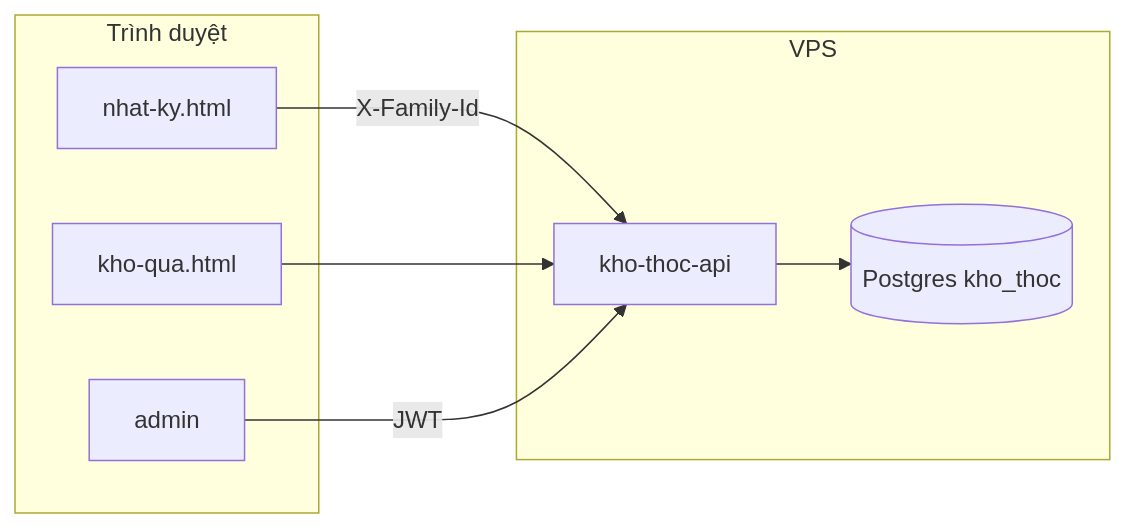
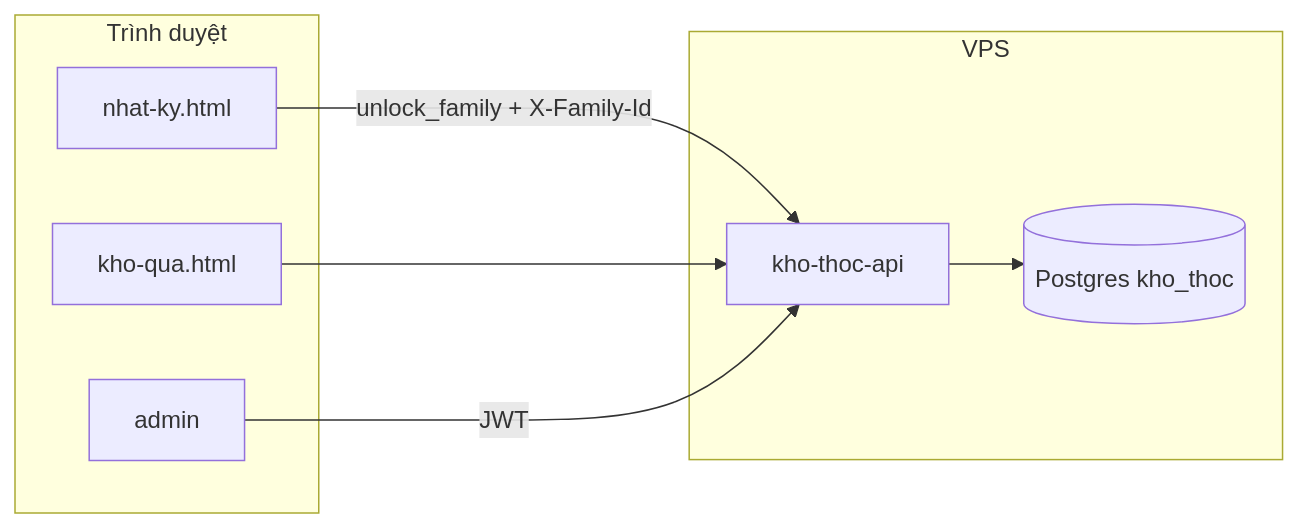
The diagram in docs/brd/usecase-actor.md (batagic/keep-house-clean), drawn with Mermaid before and after one commit. The commit also changed other lines of this file and 16 other files, not shown here.

````diff
--- a/docs/brd/usecase-actor.md
+++ b/docs/brd/usecase-actor.md
@@ -14,16 +16,16 @@
 ```mermaid
 flowchart LR
   subgraph clients [Trình duyệt]
     NK[nhat-ky.html]
     KQ[kho-qua.html]
     AD[admin]
   end
   subgraph backend [VPS]
     API[kho-thoc-api]
     DB[(Postgres kho_thoc)]
   end
-  NK -->|X-Family-Id| API
+  NK -->|unlock_family + X-Family-Id| API
   KQ --> API
   AD -->|JWT| API
   API --> DB
 ```
````
